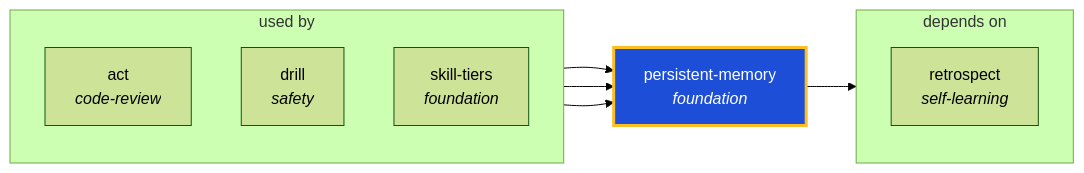
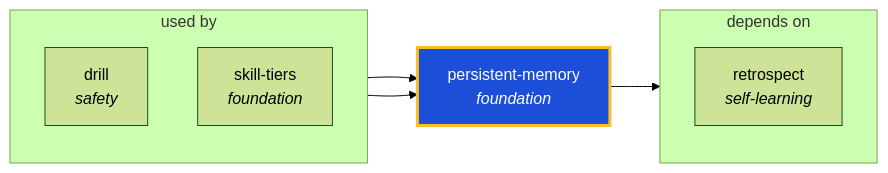
One commit to ThePlenkov/skills changed the diagram in docs/graphs/generated/persistent-memory.md. Above: the diagram before and after it, drawn with Mermaid (forest theme). The commit also changed other lines of this file and 40 other files, not shown here.

````diff
--- a/docs/graphs/generated/persistent-memory.md
+++ b/docs/graphs/generated/persistent-memory.md
@@ -22,22 +22,20 @@
 ```mermaid
 graph LR
   persistent_memory["persistent-memory<br/><i>foundation</i>"]
   classDef center fill:#1d4ed8,stroke:#fbbf24,stroke-width:3px,color:#fff
   class persistent_memory center
 
   subgraph sg_used_by["used by"]
     direction TB
-    act["act<br/><i>code-review</i>"]
     drill["drill<br/><i>safety</i>"]
     skill_tiers["skill-tiers<br/><i>foundation</i>"]
   end
-  act --> persistent_memory
   drill --> persistent_memory
   skill_tiers --> persistent_memory
 
   subgraph sg_depends_on["depends on"]
     direction TB
     retrospect["retrospect<br/><i>self-learning</i>"]
   end
   persistent_memory --> retrospect
 ```
````
